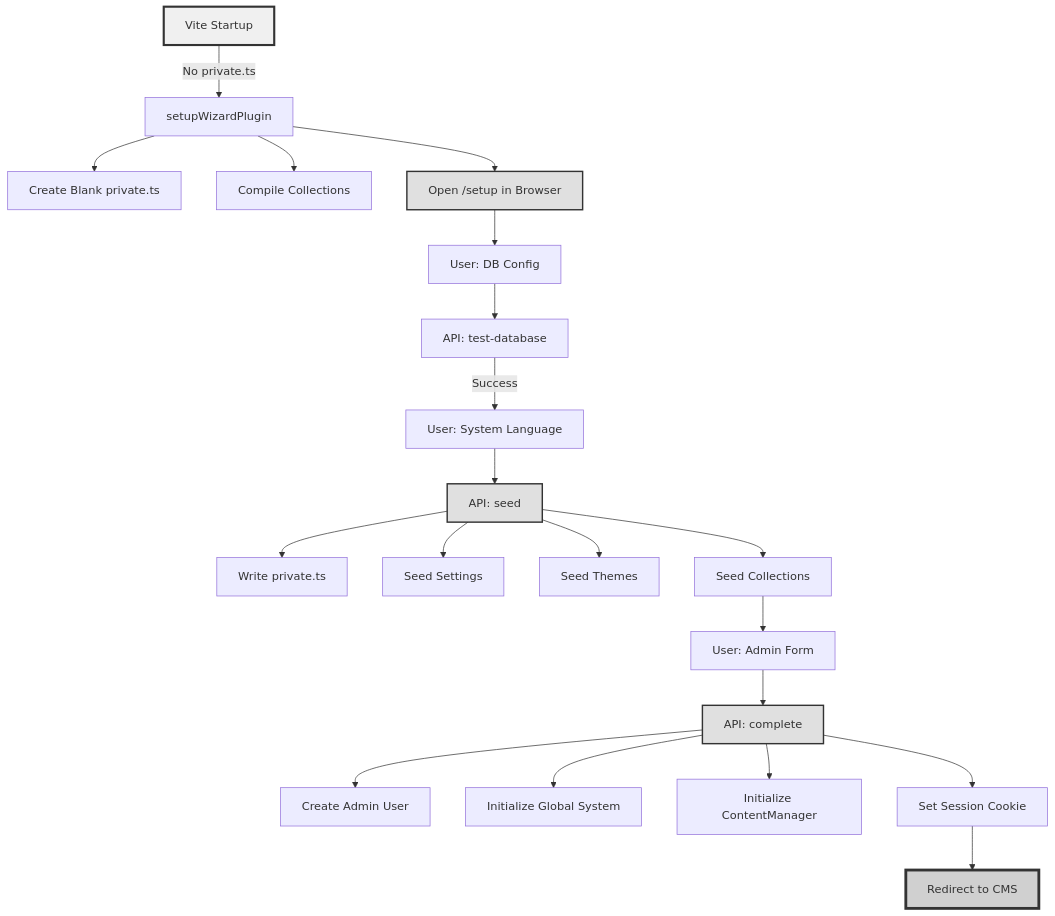
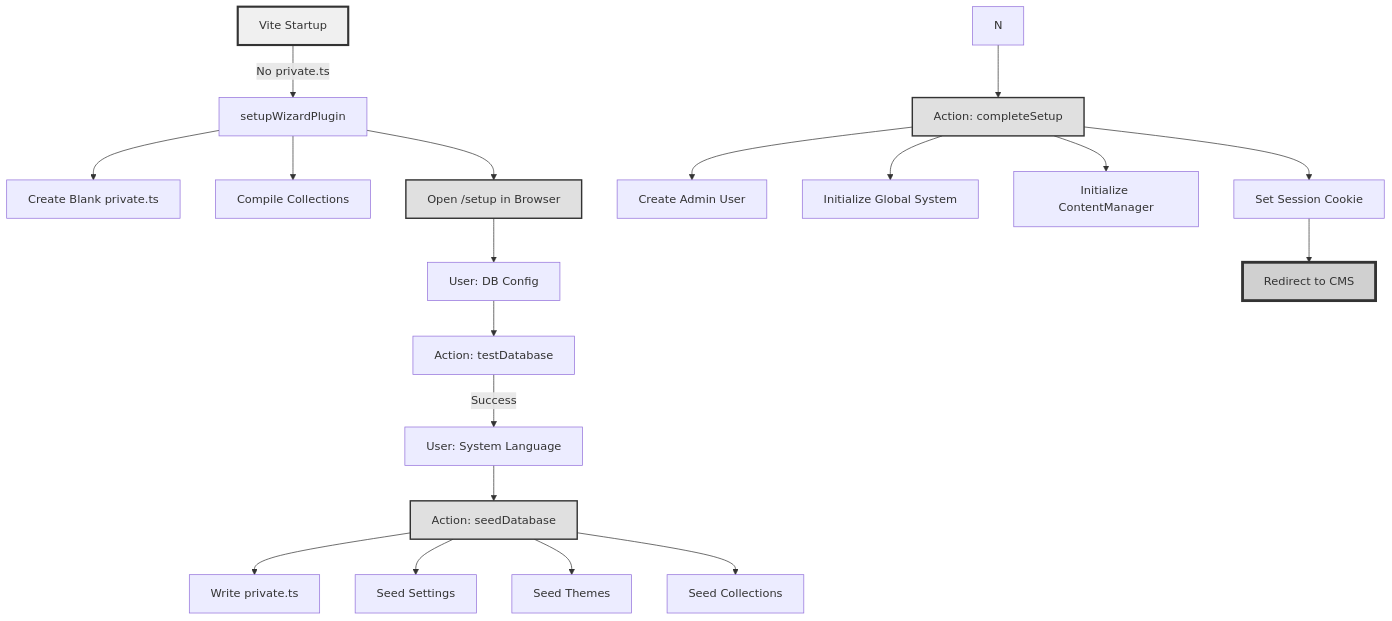
Before and after one commit to SveltyCMS/SveltyCMS: the second of 9 diagrams in docs/architecture/initialization-workflow.mdx, drawn with Mermaid. The commit also changed other lines of this file and 90 other files, not shown here.

````diff
--- a/docs/architecture/initialization-workflow.mdx
+++ b/docs/architecture/initialization-workflow.mdx
@@ -573,32 +572,31 @@
 ```mermaid
 graph TB
     A[Vite Startup] -->|No private.ts| B[setupWizardPlugin]
     B --> C[Create Blank private.ts]
     B --> D[Compile Collections]
     B --> E[Open /setup in Browser]
 
     E --> F[User: DB Config]
-    F --> G[API: test-database]
+    F --> G[Action: testDatabase]
     G -->|Success| H[User: System Language]
 
-    H --> I[API: seed]
+    H --> I[Action: seedDatabase]
     I --> J[Write private.ts]
     I --> K[Seed Settings]
     I --> L[Seed Themes]
     I --> M[Seed Collections]
 
-    M --> N[User: Admin Form]
-    N --> O[API: complete]
+    N --> O[Action: completeSetup]
     O --> P[Create Admin User]
     O --> Q[Initialize Global System]
     O --> R[Initialize ContentManager]
     O --> S[Set Session Cookie]
 
     S --> T[Redirect to CMS]
 
     style A fill:#f0f0f0,stroke:#333,stroke-width:3px
     style E fill:#e0e0e0,stroke:#333,stroke-width:2px
     style I fill:#e0e0e0,stroke:#333,stroke-width:2px
     style O fill:#e0e0e0,stroke:#333,stroke-width:2px
     style T fill:#d0d0d0,stroke:#333,stroke-width:4px
 ```
````
